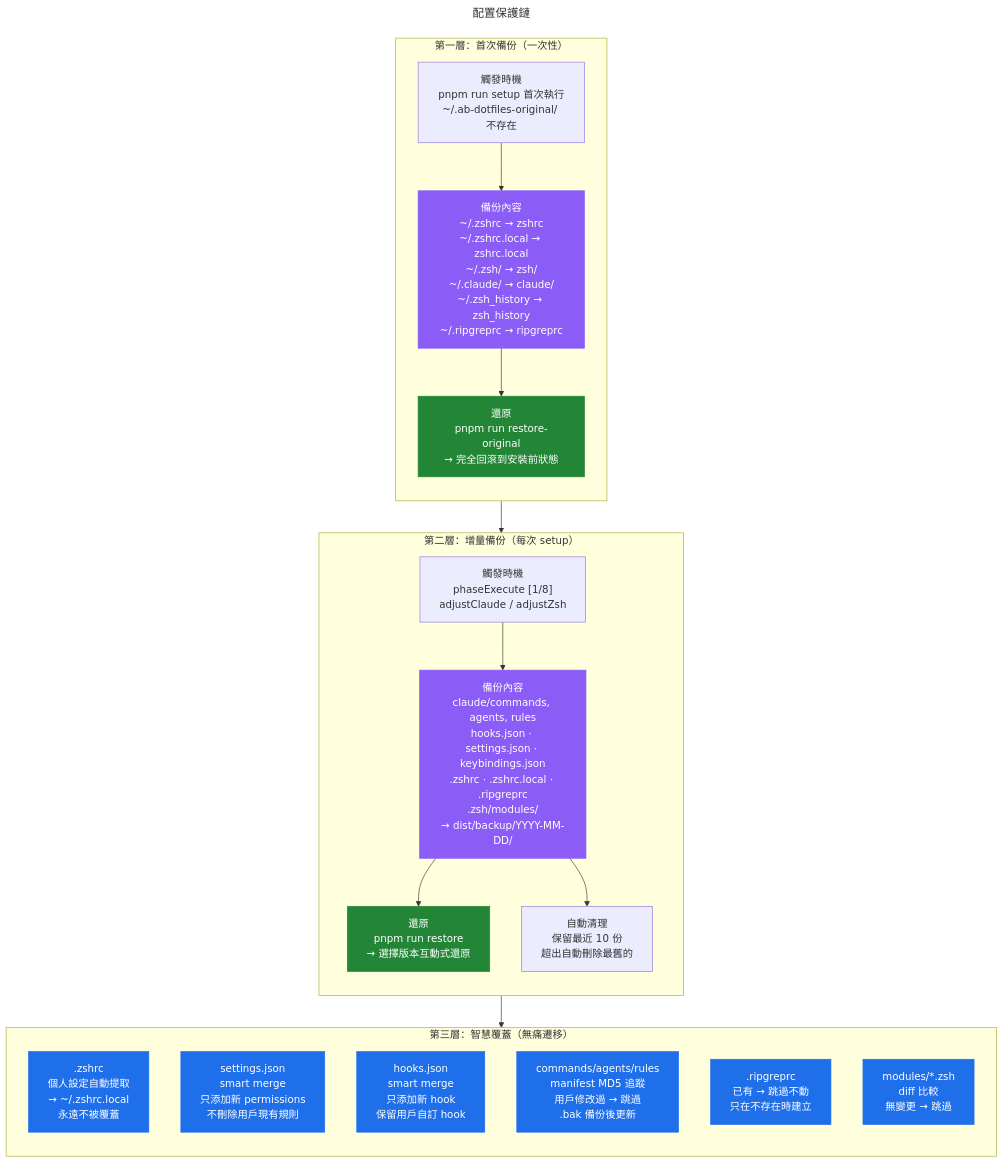
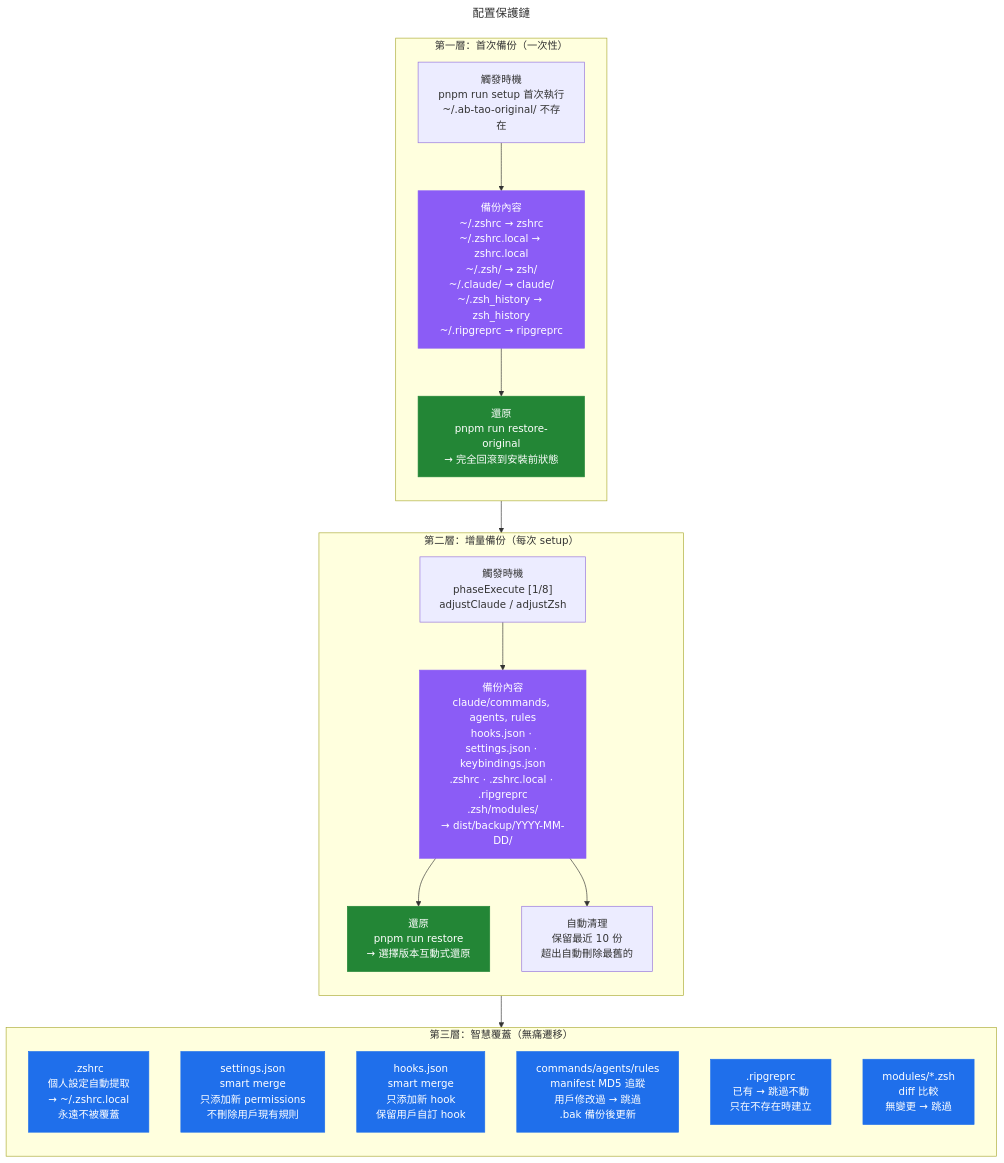
The diagram in apps/dotfiles/docs/flows/config-protection.mmd (AlvinBian/ab-tao), drawn with Mermaid before and after one commit. The commit also changed 9 other files, not shown here.

```diff
--- a/apps/dotfiles/docs/flows/config-protection.mmd
+++ b/apps/dotfiles/docs/flows/config-protection.mmd
@@ -1,47 +1,47 @@
 ---
 title: 配置保護鏈
 description: 三層保護：首次備份 → 增量備份 → 智慧覆蓋 + 兩種還原
 links:
   - phase-execute: 安裝流程（備份在 Step 1）
   - setup-main: 返回主流程
 ---
 flowchart TD
     subgraph Layer1 ["第一層：首次備份（一次性）"]
         direction TB
-        L1T["觸發時機<br/>pnpm run setup 首次執行<br/>~/.ab-dotfiles-original/ 不存在"]
+        L1T["觸發時機<br/>pnpm run setup 首次執行<br/>~/.ab-tao-original/ 不存在"]
         L1T --> L1F["備份內容<br/>~/.zshrc → zshrc<br/>~/.zshrc.local → zshrc.local<br/>~/.zsh/ → zsh/<br/>~/.claude/ → claude/<br/>~/.zsh_history → zsh_history<br/>~/.ripgreprc → ripgreprc"]
         L1F --> L1R["還原<br/>pnpm run restore-original<br/>→ 完全回滾到安裝前狀態"]
     end
 
     subgraph Layer2 ["第二層：增量備份（每次 setup）"]
         direction TB
         L2T["觸發時機<br/>phaseExecute [1/8]<br/>adjustClaude / adjustZsh"]
         L2T --> L2F["備份內容<br/>claude/commands, agents, rules<br/>hooks.json · settings.json · keybindings.json<br/>.zshrc · .zshrc.local · .ripgreprc<br/>.zsh/modules/<br/>→ dist/backup/YYYY-MM-DD/"]
         L2F --> L2R["還原<br/>pnpm run restore<br/>→ 選擇版本互動式還原"]
         L2F --> L2C["自動清理<br/>保留最近 10 份<br/>超出自動刪除最舊的"]
     end
 
     subgraph Layer3 ["第三層：智慧覆蓋（無痛遷移）"]
         direction TB
         S1[".zshrc<br/>個人設定自動提取<br/>→ ~/.zshrc.local<br/>永遠不被覆蓋"]
 
         S2["settings.json<br/>smart merge<br/>只添加新 permissions<br/>不刪除用戶現有規則"]
 
         S3["hooks.json<br/>smart merge<br/>只添加新 hook<br/>保留用戶自訂 hook"]
 
         S4["commands/agents/rules<br/>manifest MD5 追蹤<br/>用戶修改過 → 跳過<br/>.bak 備份後更新"]
 
         S5[".ripgreprc<br/>已有 → 跳過不動<br/>只在不存在時建立"]
 
         S6["modules/*.zsh<br/>diff 比較<br/>無變更 → 跳過"]
     end
 
     Layer1 --> Layer2 --> Layer3
 
     classDef backup fill:#8b5cf6,color:#fff,stroke:#8b5cf6
     classDef restore fill:#238636,color:#fff,stroke:#238636
     classDef strategy fill:#1f6feb,color:#fff,stroke:#1f6feb
 
     class L1F,L2F backup
     class L1R,L2R restore
     class S1,S2,S3,S4,S5,S6 strategy
```
